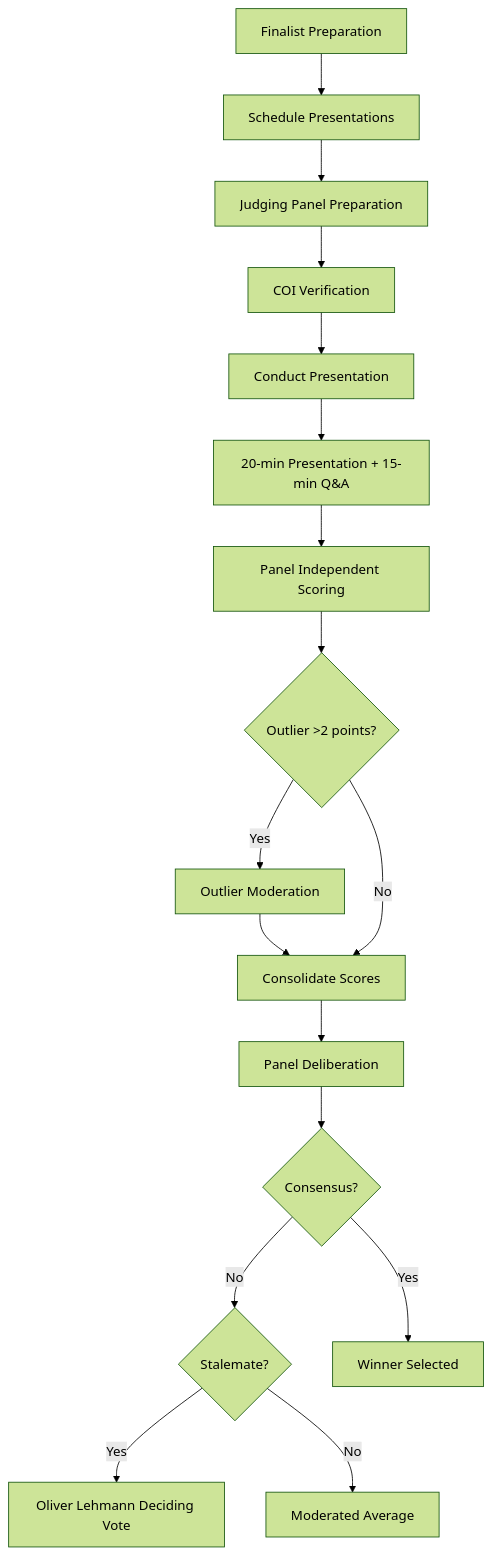
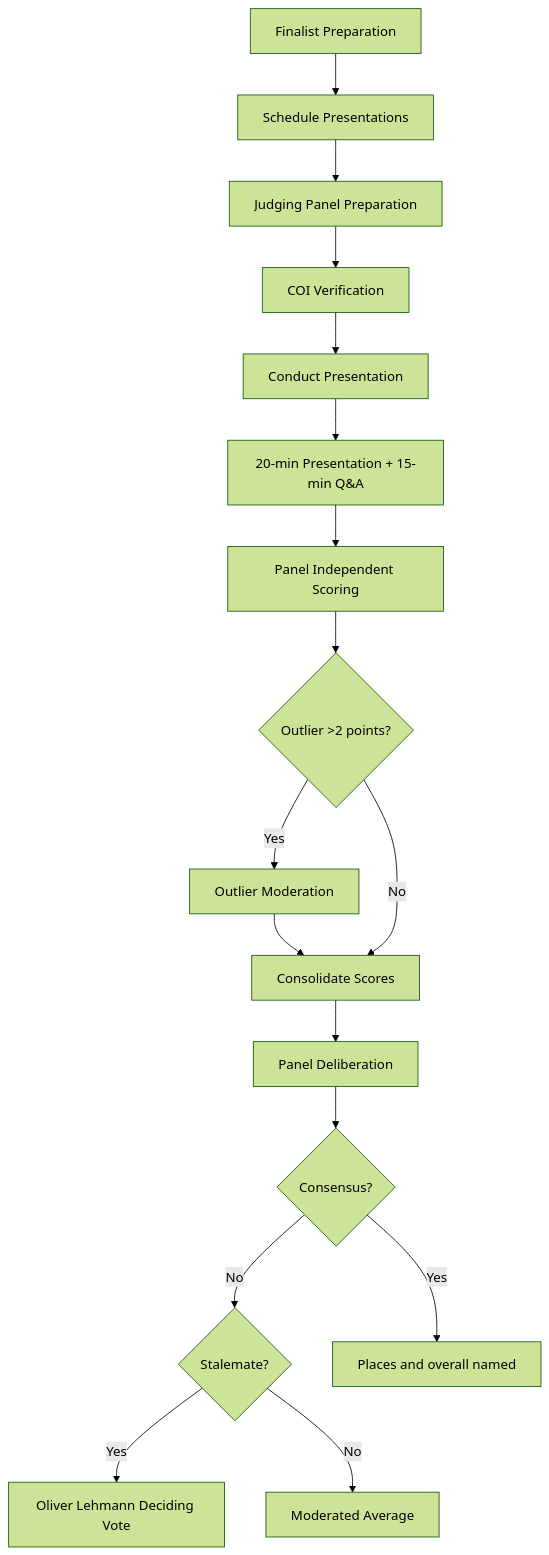
One commit to baloghp/PBF changed the second of 2 diagrams in Confluence/Project-Contractor-Of-The-Year-Award/129204226 - 2.0 Assessment.md. Above: the diagram before and after it, drawn with Mermaid (forest theme). The commit also changed other lines of this file and 19 other files, not shown here.

Commit message:
Record DR-003 (multiple nominations; overall plus category places) and the Nominee-Wix implementation plan.

````diff
--- a/Confluence/Project-Contractor-Of-The-Year-Award/129204226 - 2.0 Assessment.md
+++ b/Confluence/Project-Contractor-Of-The-Year-Award/129204226 - 2.0 Assessment.md
@@ -65,19 +65,19 @@
 ```mermaid
 flowchart TD
     A[Finalist Preparation] --> B[Schedule Presentations]
     B --> C[Judging Panel Preparation]
     C --> D[COI Verification]
     D --> E[Conduct Presentation]
     E --> F[20-min Presentation + 15-min Q&A]
     F --> G[Panel Independent Scoring]
     G --> H{Outlier >2 points?}
     H -->|Yes| I[Outlier Moderation]
     I --> J[Consolidate Scores]
     H -->|No| J
     J --> K[Panel Deliberation]
     K --> L{Consensus?}
     L -->|No| M{Stalemate?}
     M -->|Yes| N[Oliver Lehmann Deciding Vote]
     M -->|No| O[Moderated Average]
-    L -->|Yes| P[Winner Selected]
+    L -->|Yes| P[Places and overall named]
 ```
````
